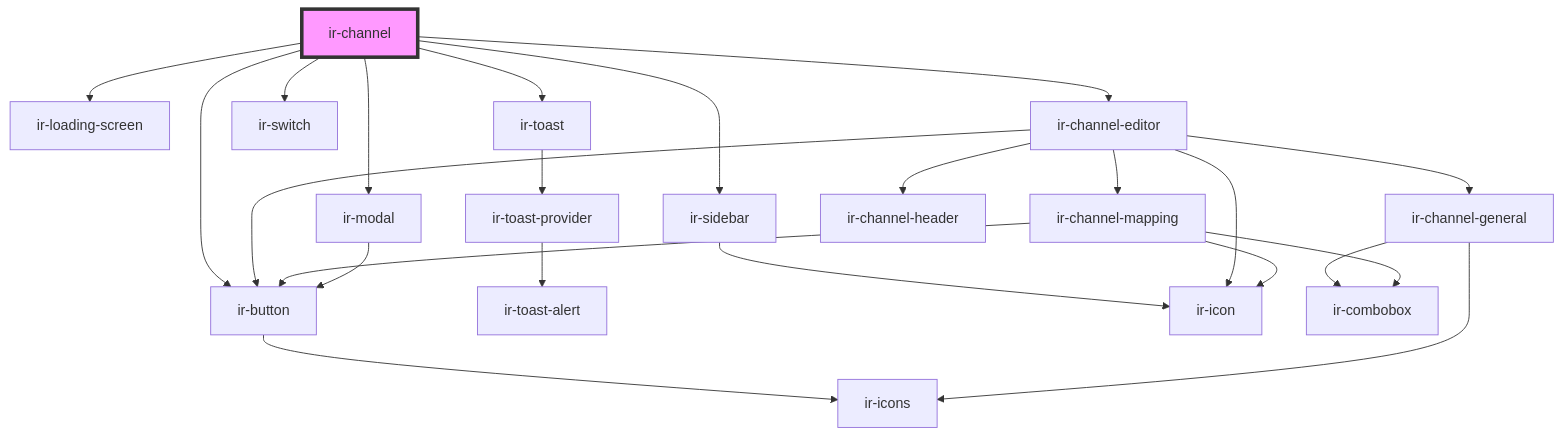
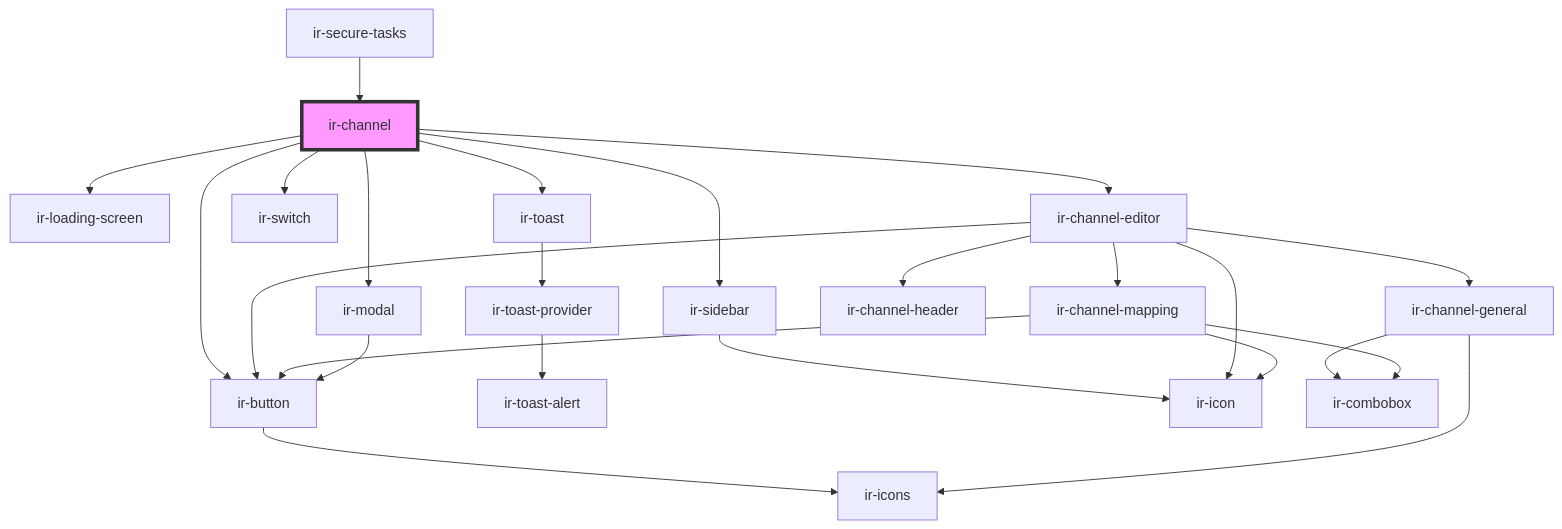
One commit to RonyRizk/ir-webcmp changed the diagram in src/components/ir-channel/readme.md. Above: the diagram before and after it, drawn with Mermaid. The commit also changed other lines of this file and 586 other files, not shown here.

````diff
--- a/src/components/ir-channel/readme.md
+++ b/src/components/ir-channel/readme.md
@@ -32,26 +36,27 @@
 ```mermaid
 graph TD;
   ir-channel --> ir-loading-screen
   ir-channel --> ir-toast
   ir-channel --> ir-button
   ir-channel --> ir-switch
   ir-channel --> ir-sidebar
   ir-channel --> ir-channel-editor
   ir-channel --> ir-modal
   ir-toast --> ir-toast-provider
   ir-toast-provider --> ir-toast-alert
   ir-button --> ir-icons
   ir-sidebar --> ir-icon
   ir-channel-editor --> ir-channel-general
   ir-channel-editor --> ir-channel-mapping
   ir-channel-editor --> ir-icon
   ir-channel-editor --> ir-channel-header
   ir-channel-editor --> ir-button
   ir-channel-general --> ir-combobox
   ir-channel-general --> ir-icons
   ir-channel-mapping --> ir-icon
   ir-channel-mapping --> ir-button
   ir-channel-mapping --> ir-combobox
   ir-modal --> ir-button
+  ir-secure-tasks --> ir-channel
   style ir-channel fill:#f9f,stroke:#333,stroke-width:4px
 ```
````
